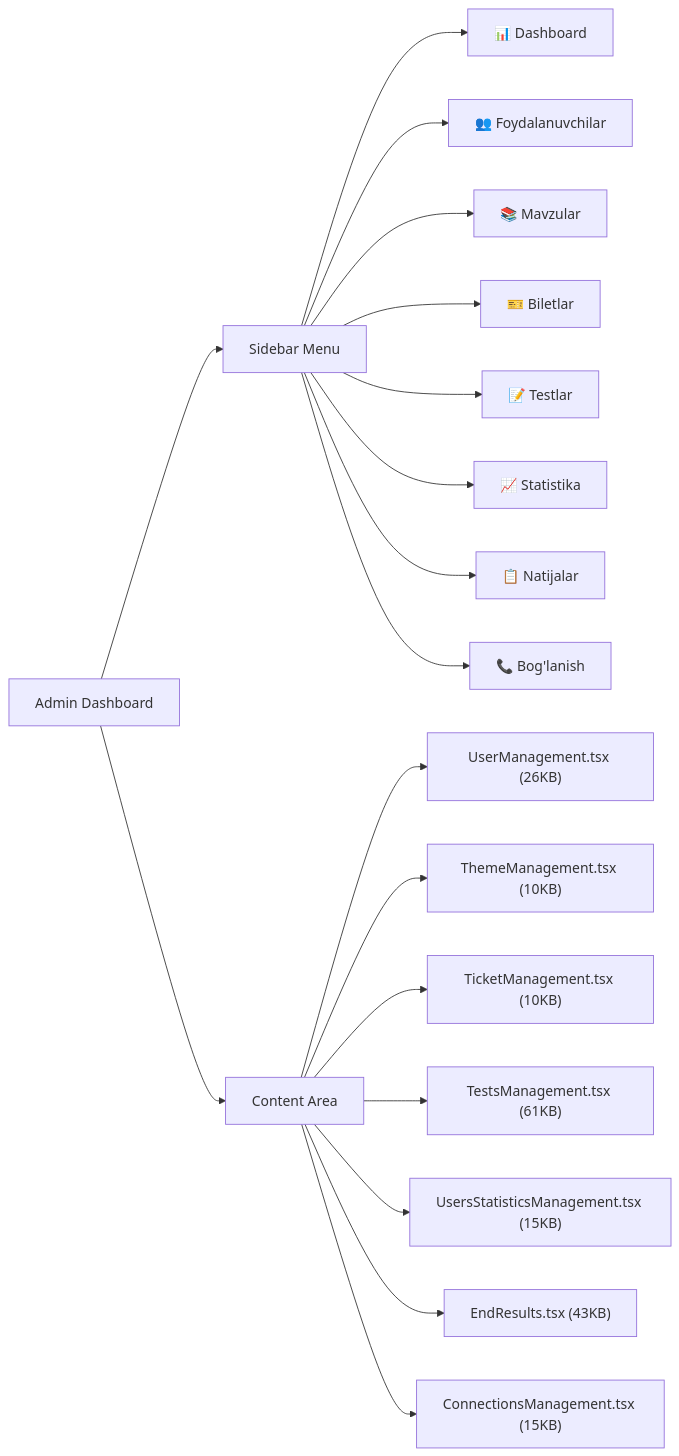
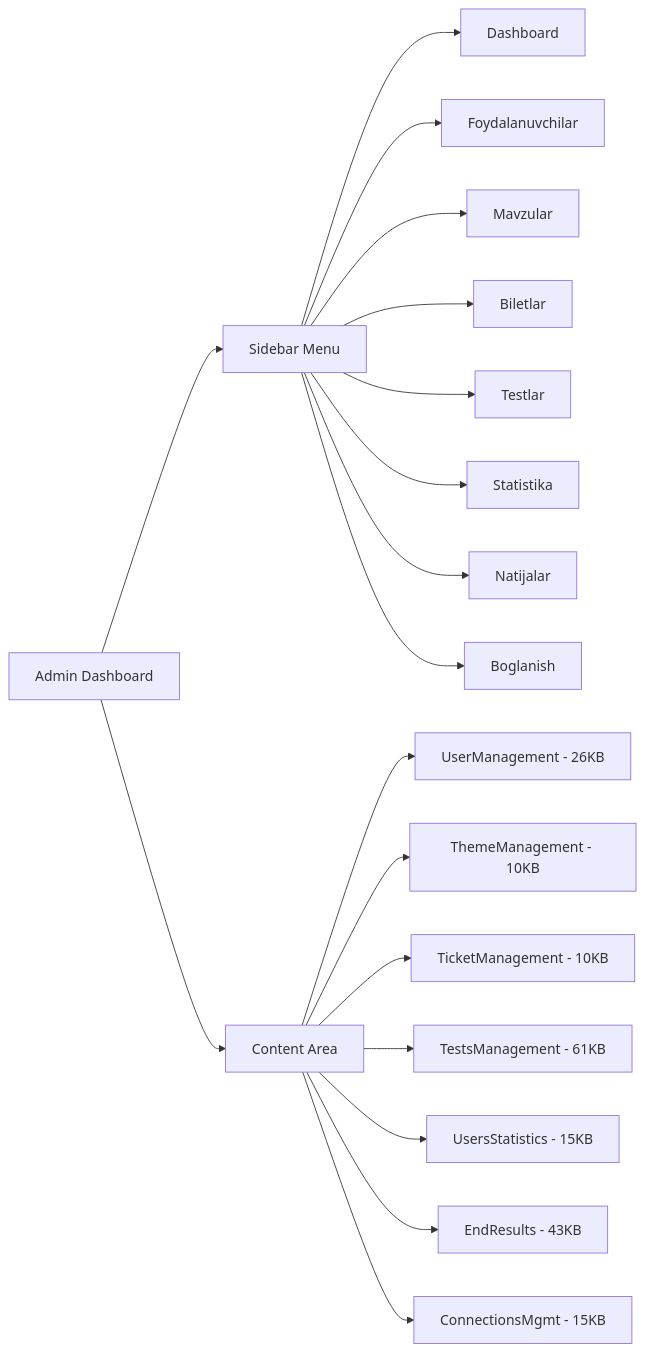
One commit to khismoiloff/BrpAvtoTest changed diagram 15 of 18 in README.md. Above: the diagram before and after it, drawn with Mermaid. The commit also changed other lines of this file, not shown here.

````diff
--- a/README.md
+++ b/README.md
@@ -716,22 +704,23 @@
 ```mermaid
+%%{init: {'theme': 'default'}}%%
 graph LR
-    AD["Admin Dashboard"] --> S["Sidebar Menu"]
-    AD --> C["Content Area"]
+    AD[Admin Dashboard] --> S[Sidebar Menu]
+    AD --> C[Content Area]
     
-    S --> S1["📊 Dashboard"]
-    S --> S2["👥 Foydalanuvchilar"]
-    S --> S3["📚 Mavzular"]
-    S --> S4["🎫 Biletlar"]
-    S --> S5["📝 Testlar"]
-    S --> S6["📈 Statistika"]
-    S --> S7["📋 Natijalar"]
-    S --> S8["📞 Bog'lanish"]
+    S --> S1[Dashboard]
+    S --> S2[Foydalanuvchilar]
+    S --> S3[Mavzular]
+    S --> S4[Biletlar]
+    S --> S5[Testlar]
+    S --> S6[Statistika]
+    S --> S7[Natijalar]
+    S --> S8[Boglanish]
     
-    C --> C1["UserManagement.tsx (26KB)"]
-    C --> C2["ThemeManagement.tsx (10KB)"]
-    C --> C3["TicketManagement.tsx (10KB)"]
-    C --> C4["TestsManagement.tsx (61KB)"]
-    C --> C5["UsersStatisticsManagement.tsx (15KB)"]
-    C --> C6["EndResults.tsx (43KB)"]
-    C --> C7["ConnectionsManagement.tsx (15KB)"]
+    C --> C1[UserManagement - 26KB]
+    C --> C2[ThemeManagement - 10KB]
+    C --> C3[TicketManagement - 10KB]
+    C --> C4[TestsManagement - 61KB]
+    C --> C5[UsersStatistics - 15KB]
+    C --> C6[EndResults - 43KB]
+    C --> C7[ConnectionsMgmt - 15KB]
 ```
````
